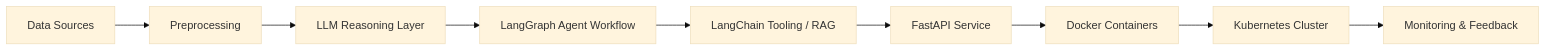
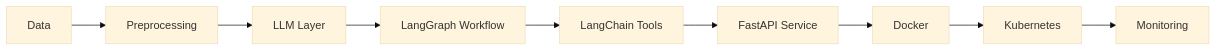
The diagram in README.md (DesiLadkaa/DesiLadkaa), drawn with Mermaid (base theme) before and after one commit. The commit also changed other lines of this file, not shown here.

````diff
--- a/README.md
+++ b/README.md
@@ -28,11 +26,11 @@
 ```mermaid
 flowchart LR
-    A[Data Sources] --> B[Preprocessing]
-    B --> C[LLM Reasoning Layer]
-    C --> D[LangGraph Agent Workflow]
-    D --> E[LangChain Tooling / RAG]
+    A[Data] --> B[Preprocessing]
+    B --> C[LLM Layer]
+    C --> D[LangGraph Workflow]
+    D --> E[LangChain Tools]
     E --> F[FastAPI Service]
-    F --> G[Docker Containers]
-    G --> H[Kubernetes Cluster]
-    H --> I[Monitoring & Feedback]
+    F --> G[Docker]
+    G --> H[Kubernetes]
+    H --> I[Monitoring]
 ```
````
